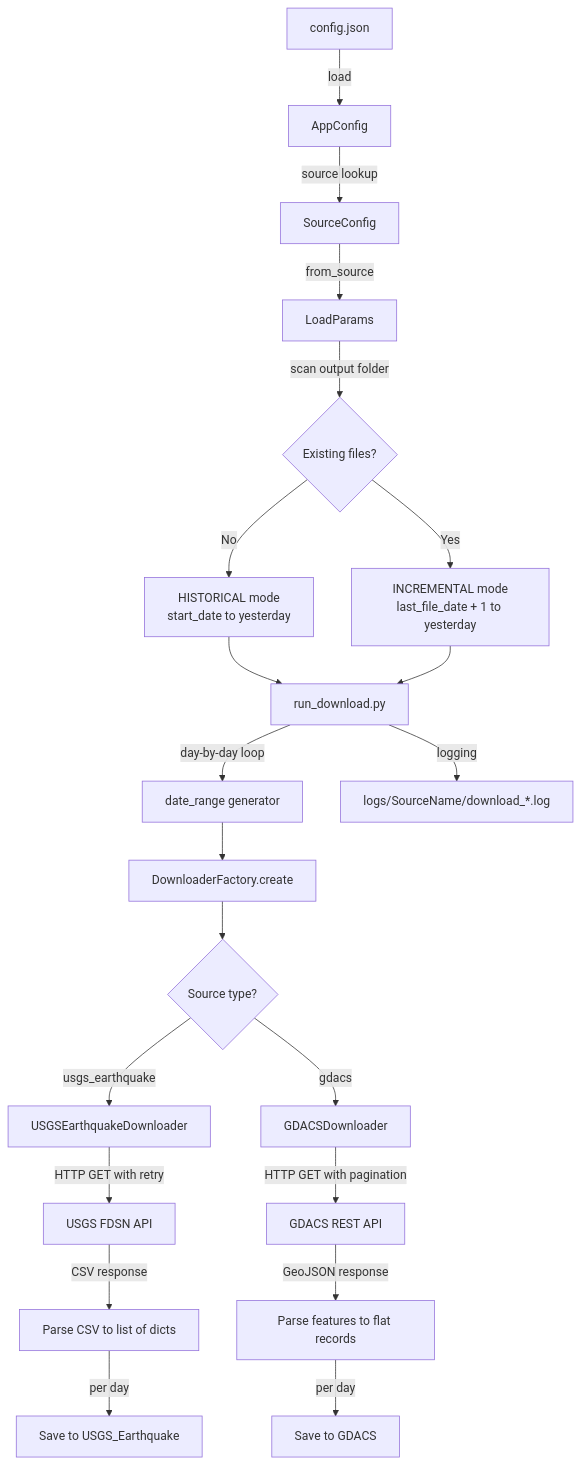
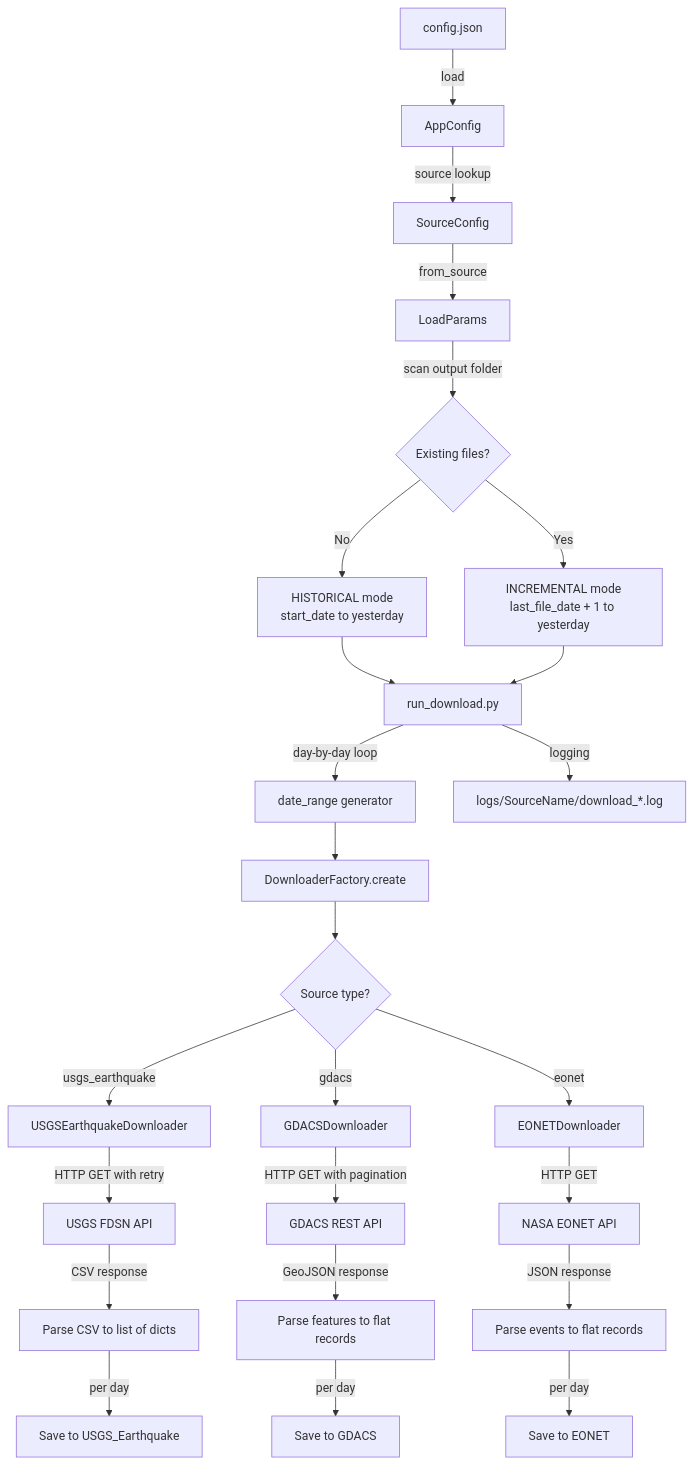
Before and after one commit to kaluzny1995/GEO_Download: the diagram in README.md, drawn with Mermaid. The commit also changed other lines of this file and 7 other files, not shown here.

Commit message:
New datasource NASA EONET

````diff
--- a/README.md
+++ b/README.md
@@ -227,23 +254,27 @@
 ```mermaid
 flowchart TD
     A[config.json] -->|load| B[AppConfig]
     B -->|source lookup| C[SourceConfig]
     C -->|from_source| D[LoadParams]
     D -->|scan output folder| E{Existing files?}
     E -->|No| F[HISTORICAL mode<br/>start_date to yesterday]
     E -->|Yes| G[INCREMENTAL mode<br/>last_file_date + 1 to yesterday]
     F --> H[run_download.py]
     G --> H
     H -->|day-by-day loop| I[date_range generator]
     I --> J[DownloaderFactory.create]
     J --> K{Source type?}
     K -->|usgs_earthquake| L[USGSEarthquakeDownloader]
     K -->|gdacs| M[GDACSDownloader]
-    L -->|HTTP GET with retry| N[USGS FDSN API]
-    M -->|HTTP GET with pagination| O[GDACS REST API]
-    N -->|CSV response| P[Parse CSV to list of dicts]
-    O -->|GeoJSON response| Q[Parse features to flat records]
-    P -->|per day| R[Save to USGS_Earthquake]
-    Q -->|per day| S[Save to GDACS]
-    H -->|logging| T[logs/SourceName/download_*.log]
+    K -->|eonet| N[EONETDownloader]
+    L -->|HTTP GET with retry| O[USGS FDSN API]
+    M -->|HTTP GET with pagination| P[GDACS REST API]
+    N -->|HTTP GET| Q[NASA EONET API]
+    O -->|CSV response| R[Parse CSV to list of dicts]
+    P -->|GeoJSON response| S[Parse features to flat records]
+    Q -->|JSON response| T[Parse events to flat records]
+    R -->|per day| U[Save to USGS_Earthquake]
+    S -->|per day| V[Save to GDACS]
+    T -->|per day| W[Save to EONET]
+    H -->|logging| X[logs/SourceName/download_*.log]
 ```
````
